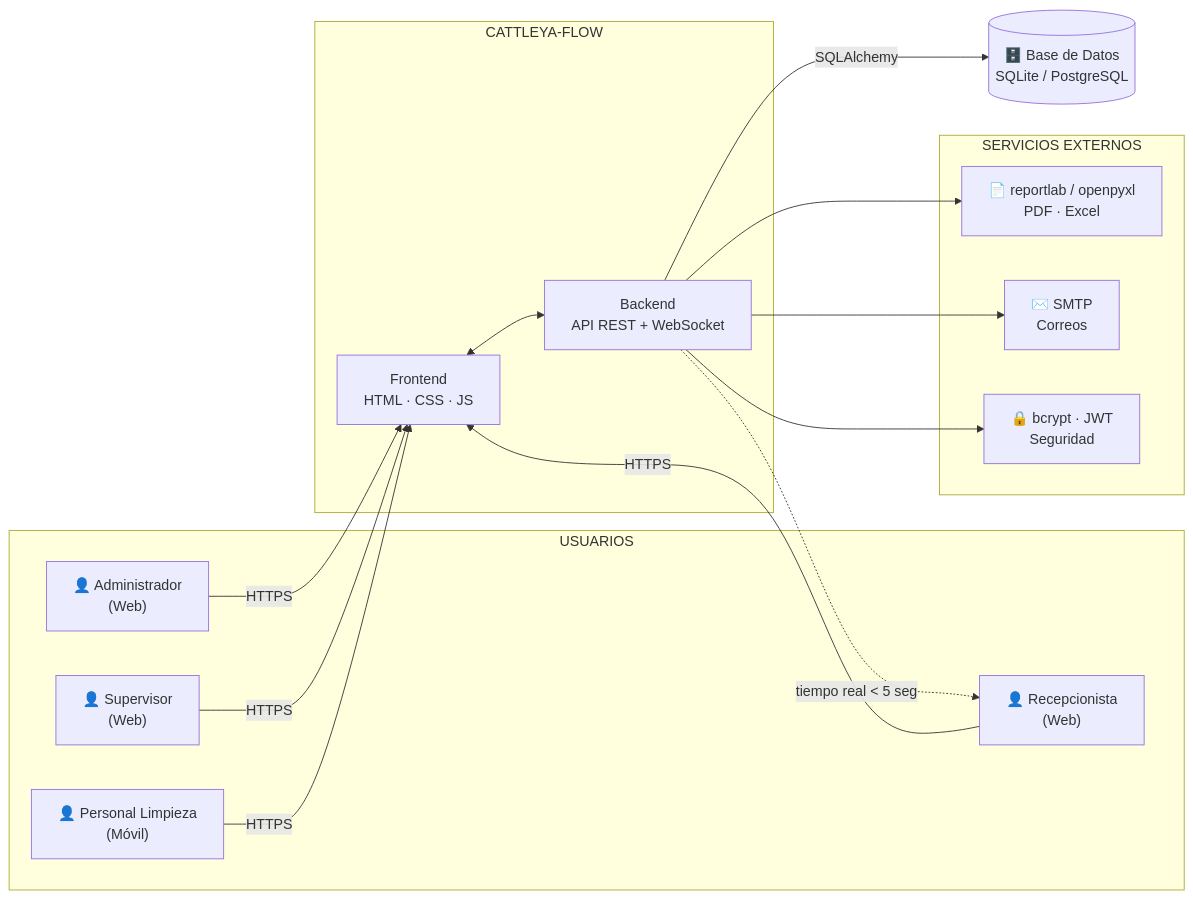
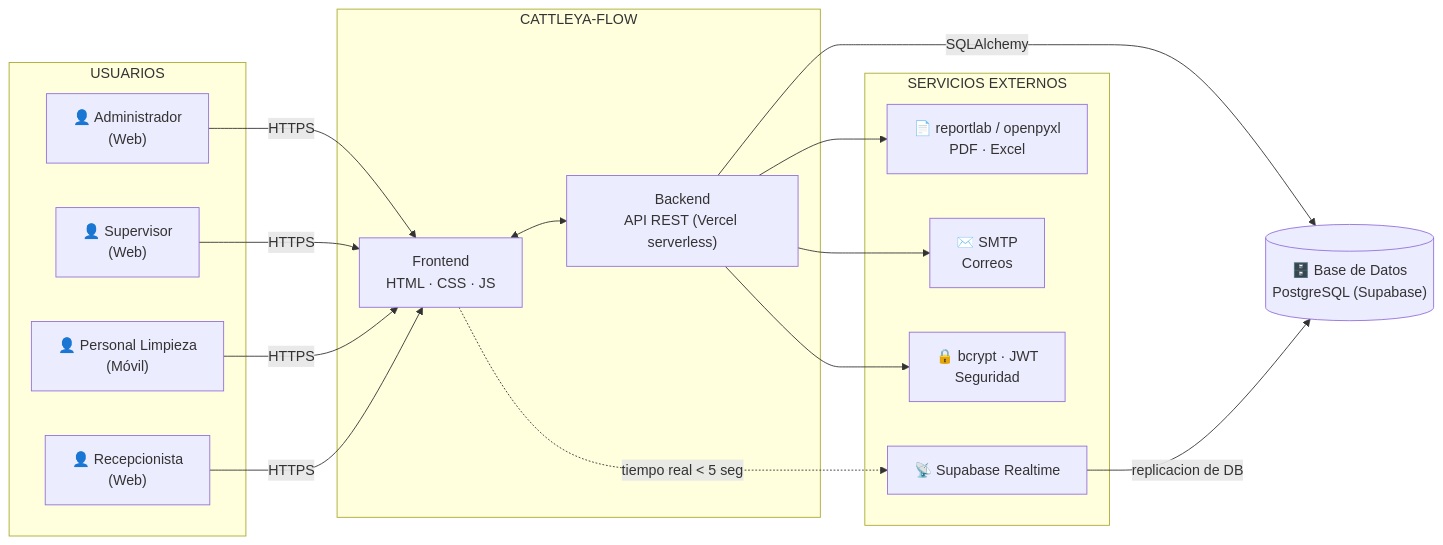
The second of 2 diagrams in docs/arquitectura.md (Leoenel-edu/Cattleya-Flow), drawn with Mermaid before and after one commit. The commit also changed other lines of this file and 26 other files, not shown here.

First line of the commit message:
Preparar despliegue en Vercel + Supabase

````diff
--- a/docs/arquitectura.md
+++ b/docs/arquitectura.md
@@ -114,35 +122,37 @@
 ```mermaid
 flowchart LR
     subgraph U["USUARIOS"]
         A["👤 Administrador<br/>(Web)"]
         S["👤 Supervisor<br/>(Web)"]
         L["👤 Personal Limpieza<br/>(Móvil)"]
         R["👤 Recepcionista<br/>(Web)"]
     end
 
     subgraph C["CATTLEYA-FLOW"]
         FE["Frontend<br/>HTML · CSS · JS"]
-        BE["Backend<br/>API REST + WebSocket"]
+        BE["Backend<br/>API REST (Vercel serverless)"]
         FE <--> BE
     end
 
     subgraph E["SERVICIOS EXTERNOS"]
         PDF["📄 reportlab / openpyxl<br/>PDF · Excel"]
         MAIL["✉️ SMTP<br/>Correos"]
         CRY["🔒 bcrypt · JWT<br/>Seguridad"]
+        RT["📡 Supabase Realtime"]
     end
 
-    DB[("🗄️ Base de Datos<br/>SQLite / PostgreSQL")]
+    DB[("🗄️ Base de Datos<br/>PostgreSQL (Supabase)")]
 
     A -->|HTTPS| FE
     S -->|HTTPS| FE
     L -->|HTTPS| FE
     R -->|HTTPS| FE
 
     BE -->|SQLAlchemy| DB
     BE --> PDF
     BE --> MAIL
     BE --> CRY
+    RT -->|replicacion de DB| DB
 
-    BE -.->|tiempo real < 5 seg| R
+    FE -.->|tiempo real < 5 seg| RT
 ```
````
